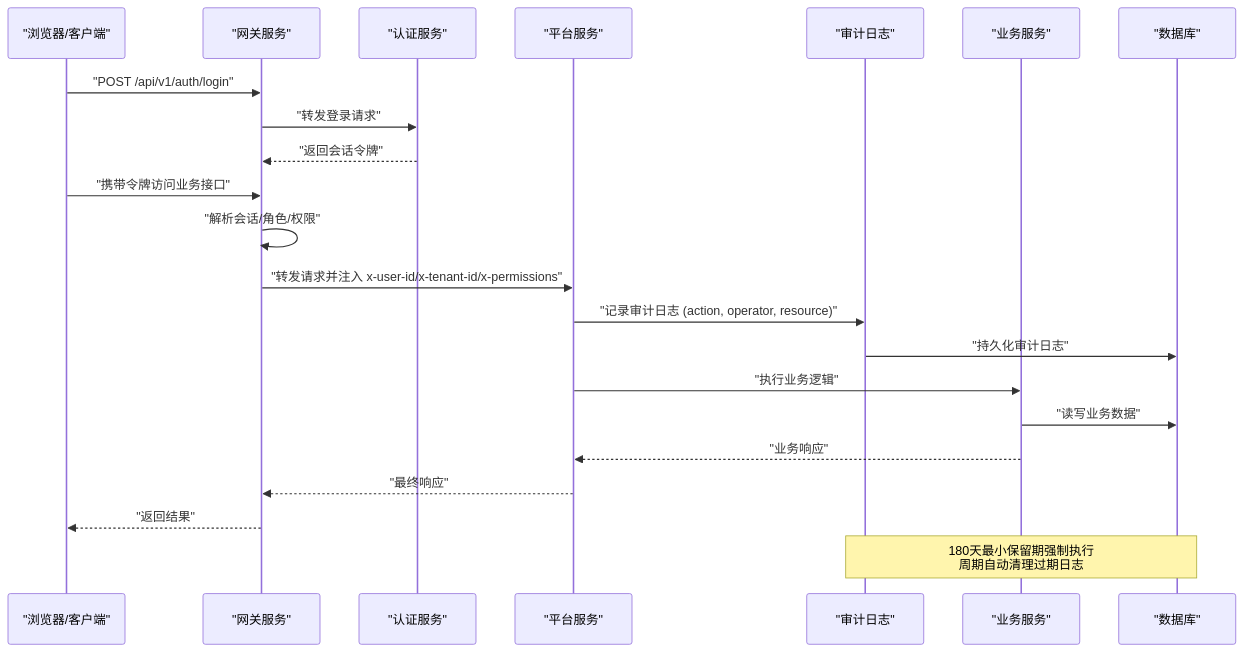
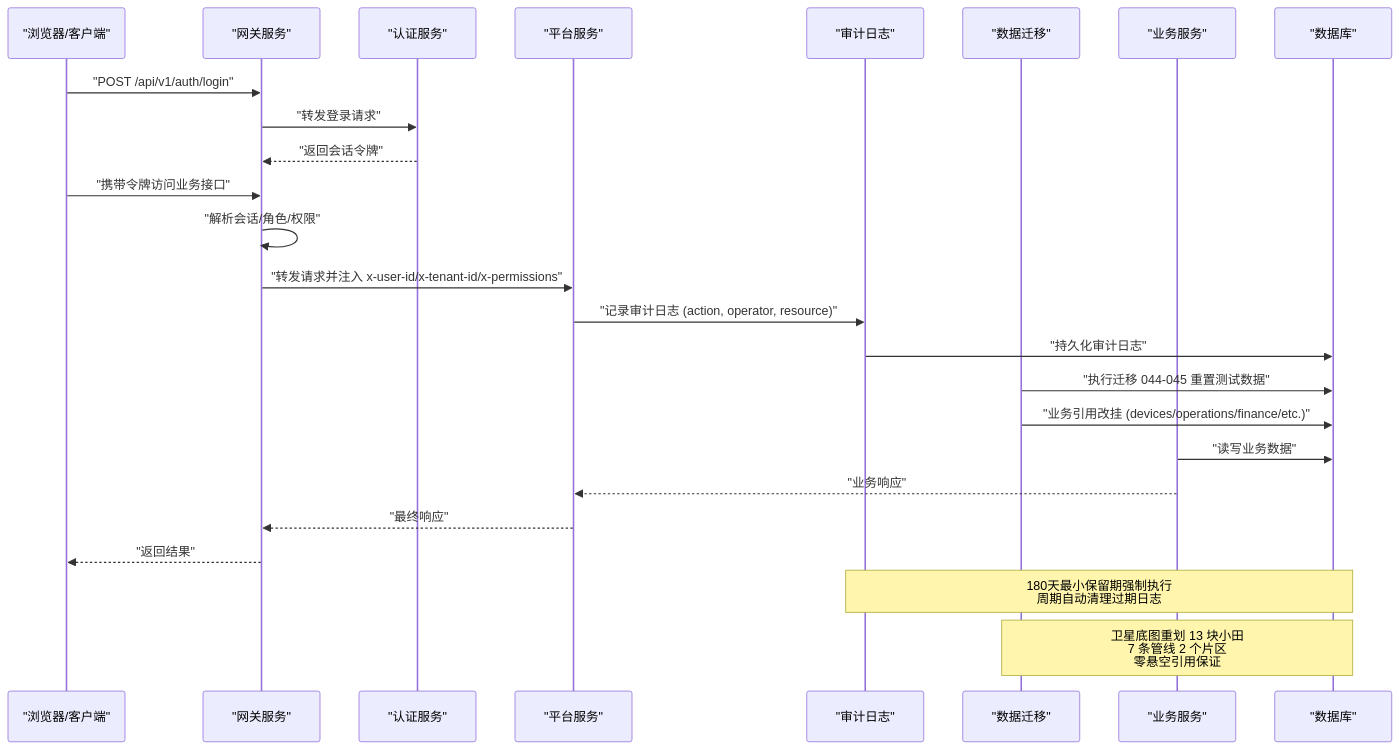
The second of 3 diagrams in .qoder/repowiki/zh/content/项目概述/平台功能清单.md (q446328246/agri-platform), drawn with Mermaid before and after one commit. The commit also changed other lines of this file and 46 other files, not shown here.

````diff
--- a/.qoder/repowiki/zh/content/项目概述/平台功能清单.md
+++ b/.qoder/repowiki/zh/content/项目概述/平台功能清单.md
@@ -143,24 +151,27 @@
 ```mermaid
 sequenceDiagram
 participant Client as "浏览器/客户端"
 participant Gateway as "网关服务"
 participant Auth as "认证服务"
 participant Platform as "平台服务"
 participant Audit as "审计日志"
+participant Migration as "数据迁移"
 participant Service as "业务服务"
 participant DB as "数据库"
 Client->>Gateway : "POST /api/v1/auth/login"
 Gateway->>Auth : "转发登录请求"
 Auth-->>Gateway : "返回会话令牌"
 Client->>Gateway : "携带令牌访问业务接口"
 Gateway->>Gateway : "解析会话/角色/权限"
 Gateway->>Platform : "转发请求并注入 x-user-id/x-tenant-id/x-permissions"
 Platform->>Audit : "记录审计日志 (action, operator, resource)"
 Audit->>DB : "持久化审计日志"
-Platform->>Service : "执行业务逻辑"
+Migration->>DB : "执行迁移 044-045 重置测试数据"
+Migration->>DB : "业务引用改挂 (devices/operations/finance/etc.)"
 Service->>DB : "读写业务数据"
 Service-->>Platform : "业务响应"
 Platform-->>Gateway : "最终响应"
 Gateway-->>Client : "返回结果"
 Note over Audit,DB : 180天最小保留期强制执行<br/>周期自动清理过期日志
+Note over Migration,DB : 卫星底图重划 13 块小田<br/>7 条管线 2 个片区<br/>零悬空引用保证
 ```
````
